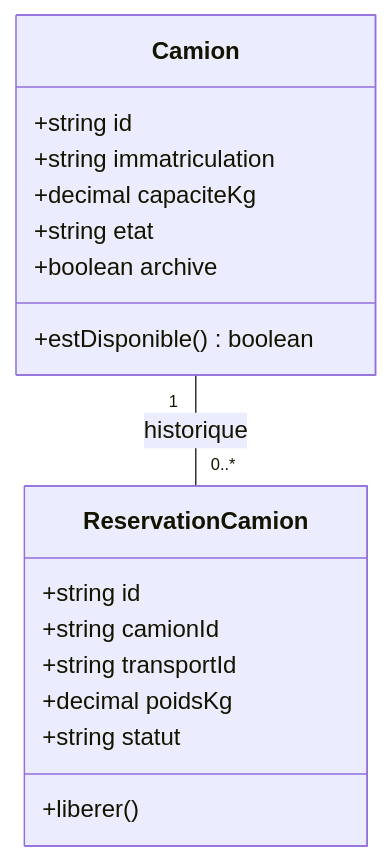
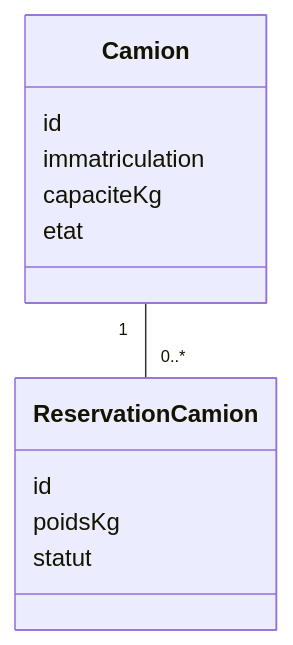
The diagram in services/flotte/README.md (UssamaRei/transport-marchandises-ws), drawn with Mermaid before and after one commit. The commit also changed other lines of this file and 73 other files, not shown here.

````diff
--- a/services/flotte/README.md
+++ b/services/flotte/README.md
@@ -28,20 +11,15 @@
 ```mermaid
 classDiagram
     class Camion {
-      +string id
-      +string immatriculation
-      +decimal capaciteKg
-      +string etat
-      +boolean archive
-      +estDisponible() boolean
+      id
+      immatriculation
+      capaciteKg
+      etat
     }
     class ReservationCamion {
-      +string id
-      +string camionId
-      +string transportId
-      +decimal poidsKg
-      +string statut
-      +liberer()
+      id
+      poidsKg
+      statut
     }
-    Camion "1" -- "0..*" ReservationCamion : historique
+    Camion "1" -- "0..*" ReservationCamion
 ```
````
